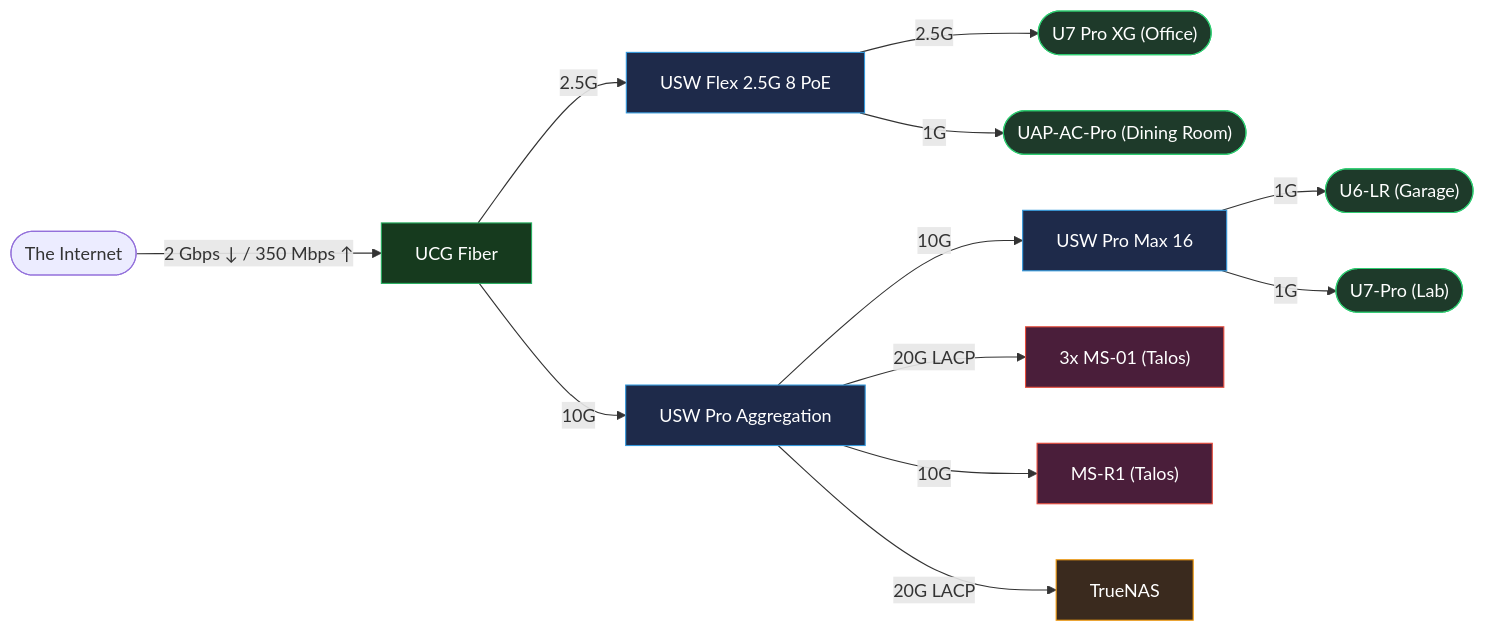
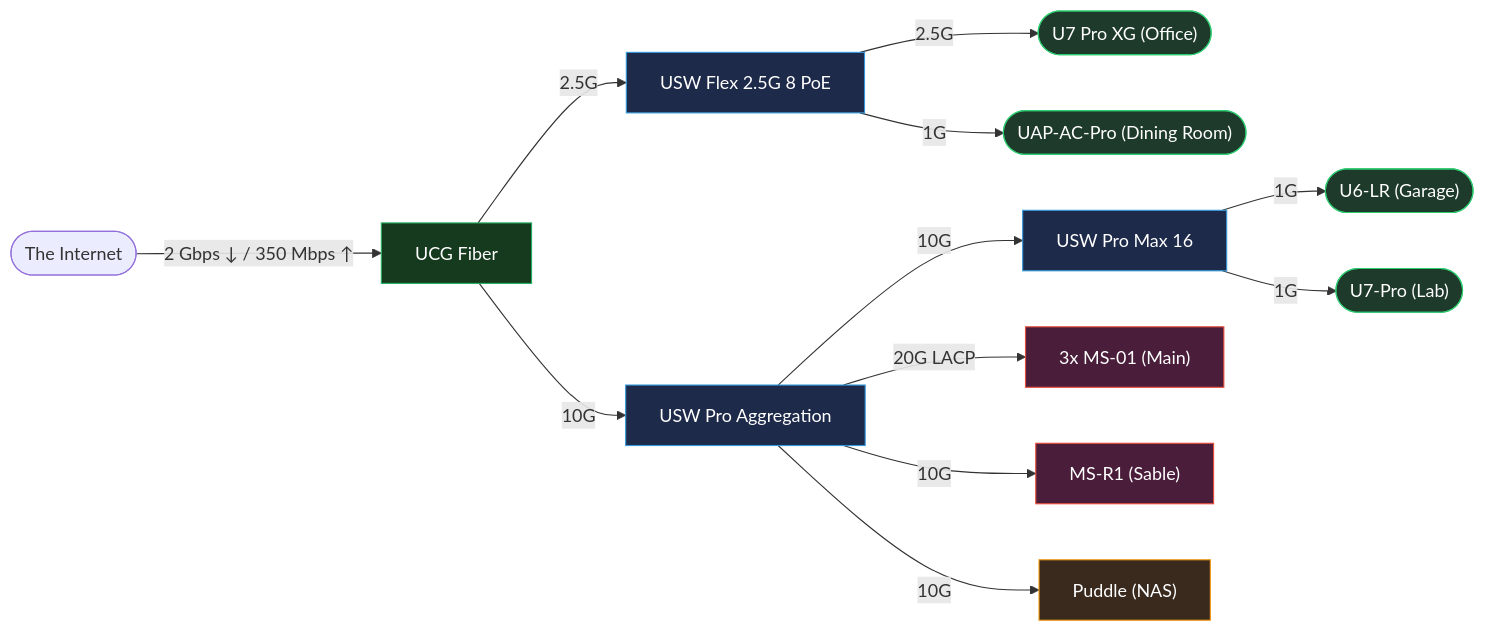
The diagram in README.md (waifulabs/infrastructure), drawn with Mermaid before and after one commit. The commit also changed other lines of this file and 8 other files, not shown here.

````diff
--- a/README.md
+++ b/README.md
@@ -73,25 +83,25 @@
 ```mermaid
 flowchart LR
     classDef gateway fill:#163a1e,stroke:#27ae60,color:#fff
     classDef switch fill:#1e2a4a,stroke:#3498db,color:#fff
     classDef compute fill:#4a1e3a,stroke:#e74c3c,color:#fff
     classDef storage fill:#3a2a1e,stroke:#f39c12,color:#fff
     classDef ap fill:#1e3a2a,stroke:#2ecc71,color:#fff
 
     Internet(["The Internet"])
 
     Internet -- "2 Gbps ↓ / 350 Mbps ↑" --> UCG["UCG Fiber"]:::gateway
     UCG -- 2.5G --> FLEX["USW Flex 2.5G 8 PoE"]:::switch
     UCG -- 10G --> AGG["USW Pro Aggregation"]:::switch
 
     FLEX -- 2.5G --> U7XG(["U7 Pro XG (Office)"]):::ap
     FLEX -- 1G --> UAPAC(["UAP-AC-Pro (Dining Room)"]):::ap
 
     AGG -- 10G --> MAX["USW Pro Max 16"]:::switch
-    AGG -- 20G LACP --> MS01["3x MS-01 (Talos)"]:::compute
-    AGG -- 10G --> MSR1["MS-R1 (Talos)"]:::compute
-    AGG -- 20G LACP --> TN["TrueNAS"]:::storage
+    AGG -- 20G LACP --> MS01["3x MS-01 (Main)"]:::compute
+    AGG -- 10G --> MSR1["MS-R1 (Sable)"]:::compute
+    AGG -- 10G --> PUDDLE["Puddle (NAS)"]:::storage
 
     MAX -- 1G --> U6LR(["U6-LR (Garage)"]):::ap
     MAX -- 1G --> U7PRO(["U7-Pro (Lab)"]):::ap
 ```
````
